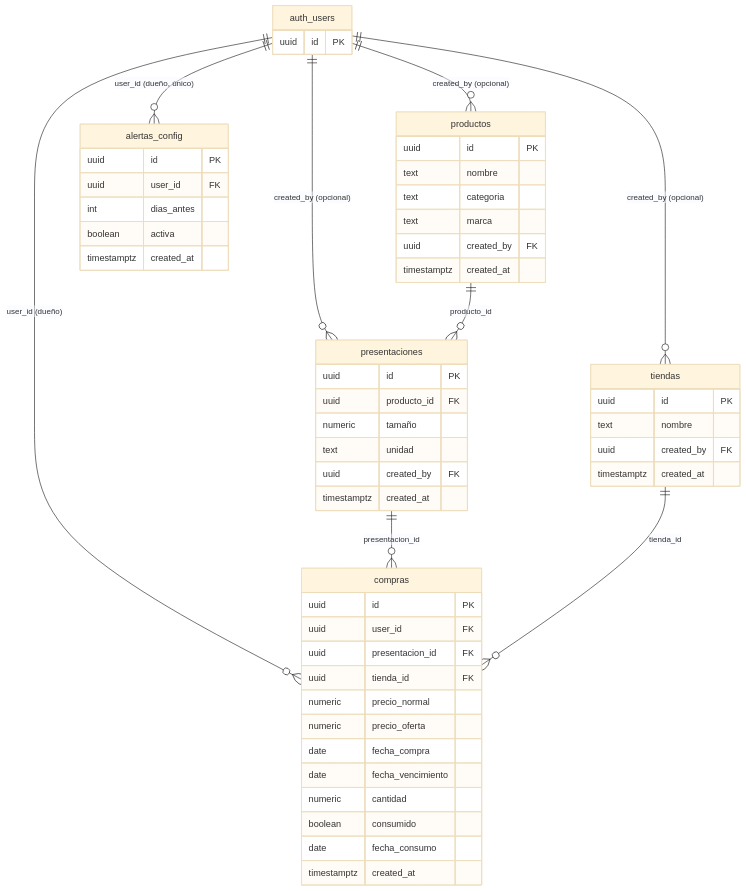
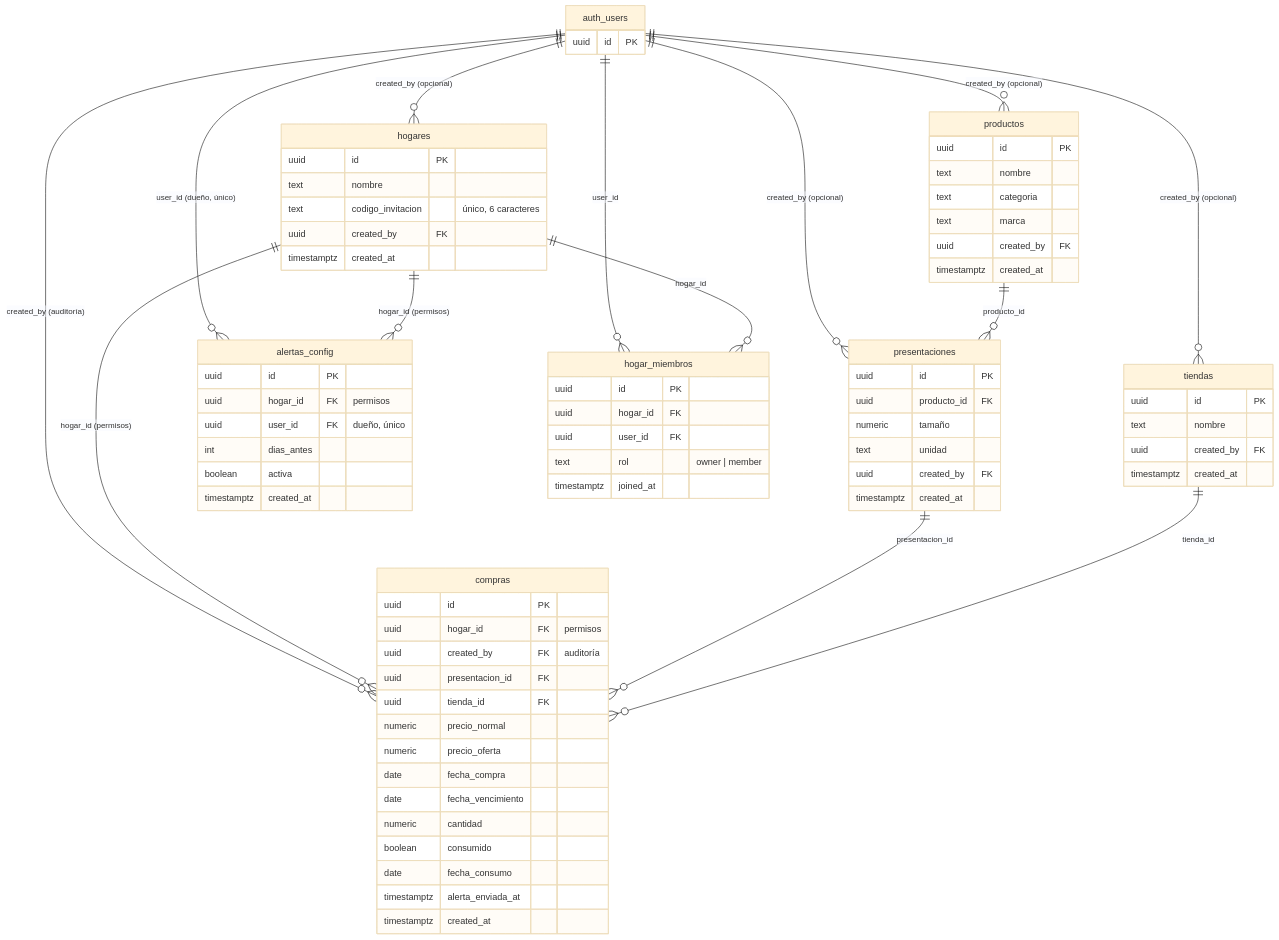
One commit to ZarakiLancelot/alacena changed the diagram in supabase/README.md. Above: the diagram before and after it, drawn with Mermaid (base theme). The commit also changed other lines of this file and 9 other files, not shown here.

````diff
--- a/supabase/README.md
+++ b/supabase/README.md
@@ -9,59 +9,82 @@
 ```mermaid
 erDiagram
     auth_users ||--o{ tiendas : "created_by (opcional)"
     auth_users ||--o{ productos : "created_by (opcional)"
     auth_users ||--o{ presentaciones : "created_by (opcional)"
-    auth_users ||--o{ compras : "user_id (dueño)"
+    auth_users ||--o{ compras : "created_by (auditoría)"
     auth_users ||--o{ alertas_config : "user_id (dueño, único)"
+    auth_users ||--o{ hogares : "created_by (opcional)"
+    auth_users ||--o{ hogar_miembros : user_id
+
+    hogares ||--o{ hogar_miembros : hogar_id
+    hogares ||--o{ compras : "hogar_id (permisos)"
+    hogares ||--o{ alertas_config : "hogar_id (permisos)"
 
     productos ||--o{ presentaciones : producto_id
     presentaciones ||--o{ compras : presentacion_id
     tiendas ||--o{ compras : tienda_id
 
     auth_users {
         uuid id PK
+    }
+    hogares {
+        uuid id PK
+        text nombre
+        text codigo_invitacion "único, 6 caracteres"
+        uuid created_by FK
+        timestamptz created_at
+    }
+    hogar_miembros {
+        uuid id PK
+        uuid hogar_id FK
+        uuid user_id FK
+        text rol "owner | member"
+        timestamptz joined_at
     }
     tiendas {
         uuid id PK
         text nombre
         uuid created_by FK
         timestamptz created_at
     }
     productos {
         uuid id PK
         text nombre
         text categoria
         text marca
         uuid created_by FK
         timestamptz created_at
     }
     presentaciones {
         uuid id PK
         uuid producto_id FK
         numeric tamaño
         text unidad
         uuid created_by FK
         timestamptz created_at
     }
     compras {
         uuid id PK
-        uuid user_id FK
+        uuid hogar_id FK "permisos"
+        uuid created_by FK "auditoría"
         uuid presentacion_id FK
         uuid tienda_id FK
         numeric precio_normal
         numeric precio_oferta
         date fecha_compra
         date fecha_vencimiento
         numeric cantidad
         boolean consumido
         date fecha_consumo
+        timestamptz alerta_enviada_at
         timestamptz created_at
     }
     alertas_config {
         uuid id PK
-        uuid user_id FK
+        uuid hogar_id FK "permisos"
+        uuid user_id FK "dueño, único"
         int dias_antes
         boolean activa
         timestamptz created_at
     }
 ```
````
